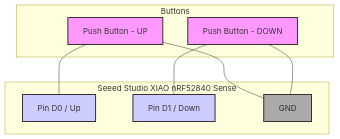
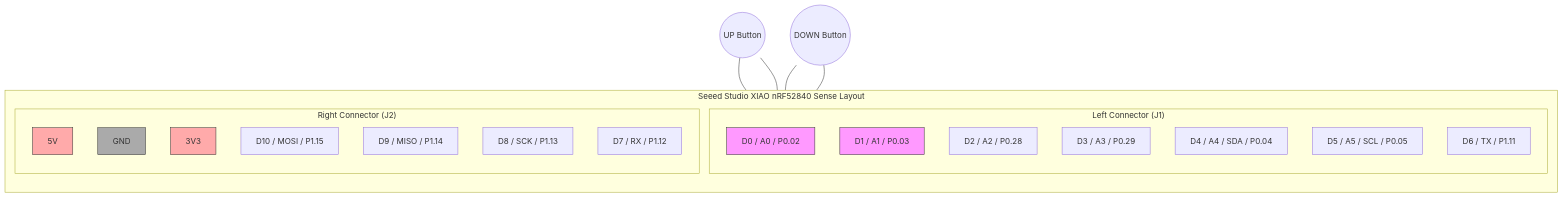
Before and after one commit to fjvbn2003/fingerscore: the diagram in docs/wiring.md, drawn with Mermaid. The commit also changed other lines of this file and 11 other files, not shown here.

````diff
--- a/docs/wiring.md
+++ b/docs/wiring.md
@@ -13,24 +16,38 @@
 ```mermaid
 graph TD
-    subgraph "Seeed Studio XIAO nRF52840 Sense"
-        D0[Pin D0 / Up]
-        D1[Pin D1 / Down]
-        GND[GND]
+    subgraph "Seeed Studio XIAO nRF52840 Sense Layout"
+        direction TB
+        
+        subgraph "Left Connector (J1)"
+            P0[D0 / A0 / P0.02]
+            P1[D1 / A1 / P0.03]
+            P2[D2 / A2 / P0.28]
+            P3[D3 / A3 / P0.29]
+            P4[D4 / A4 / SDA / P0.04]
+            P5[D5 / A5 / SCL / P0.05]
+            P6[D6 / TX / P1.11]
+        end
+        
+        subgraph "Right Connector (J2)"
+            P_5V[5V]
+            P_GND[GND]
+            P_3V3[3V3]
+            P10[D10 / MOSI / P1.15]
+            P9[D9 / MISO / P1.14]
+            P8[D8 / SCK / P1.13]
+            P7[D7 / RX / P1.12]
+        end
     end
 
-    subgraph "Buttons"
-        B1[Push Button - UP]
-        B2[Push Button - DOWN]
-    end
+    %% Button Connections
+    BTN_UP((UP Button)) --- P0
+    BTN_UP --- P_GND
+    BTN_DOWN((DOWN Button)) --- P1
+    BTN_DOWN --- P_GND
 
-    B1 --- D0
-    B1 --- GND
-    B2 --- D1
-    B2 --- GND
-
-    style B1 fill:#f9f,stroke:#333,stroke-width:2px
-    style B2 fill:#f9f,stroke:#333,stroke-width:2px
-    style D0 fill:#ccf,stroke:#333,stroke-width:2px
-    style D1 fill:#ccf,stroke:#333,stroke-width:2px
-    style GND fill:#aaa,stroke:#333,stroke-width:2px
+    style P0 fill:#f9f,stroke:#333
+    style P1 fill:#f9f,stroke:#333
+    style P_GND fill:#aaa,stroke:#333
+    style P_5V fill:#faa,stroke:#333
+    style P_3V3 fill:#faa,stroke:#333
 ```
````
